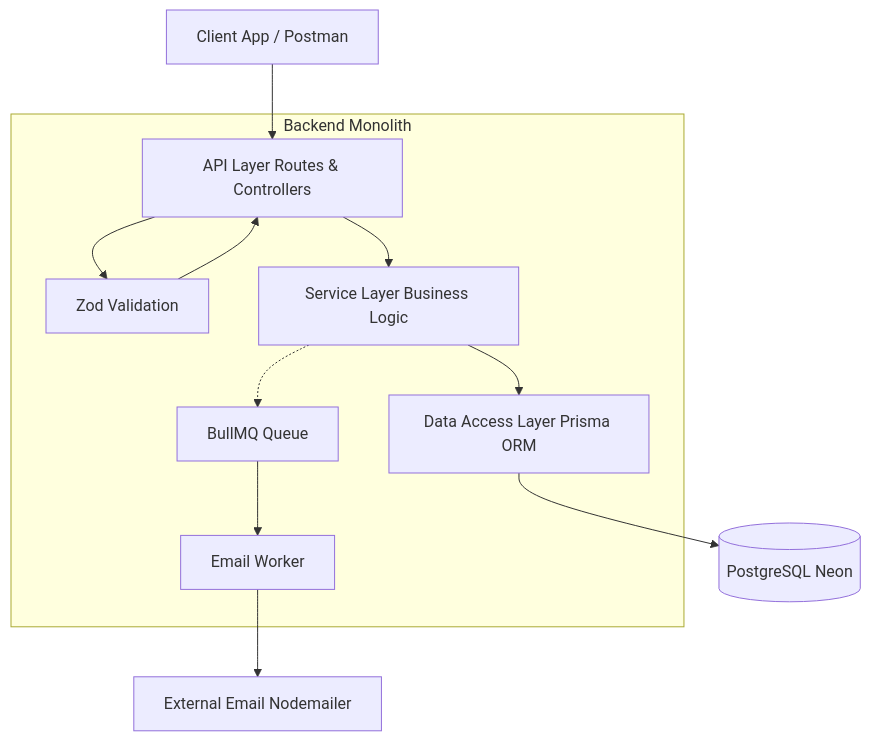
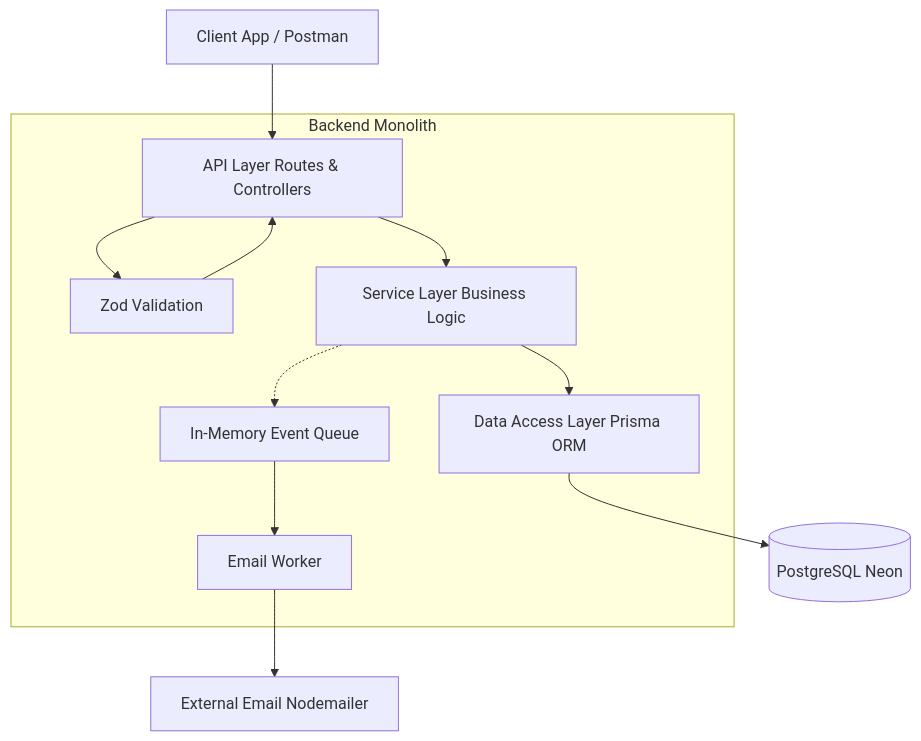
The diagram in backend/README.md (Abishek5656/Event_Booking_System), drawn with Mermaid before and after one commit. The commit also changed other lines of this file and 4 other files, not shown here.

````diff
--- a/backend/README.md
+++ b/backend/README.md
@@ -10,16 +10,16 @@
 ```mermaid
 graph TD
     Client[Client App / Postman] --> API[API Layer Routes & Controllers]
     
     subgraph Backend Monolith
         API --> Validator[Zod Validation]
         Validator --> API
         API --> Service[Service Layer Business Logic]
         Service --> Prisma[Data Access Layer Prisma ORM]
-        Service -.-> Queue[BullMQ Queue]
+        Service -.-> Queue[In-Memory Event Queue]
         Queue --> Worker[Email Worker]
     end
     
     Prisma --> DB[(PostgreSQL Neon)]
     Worker --> Email[External Email Nodemailer]
 ```
````
